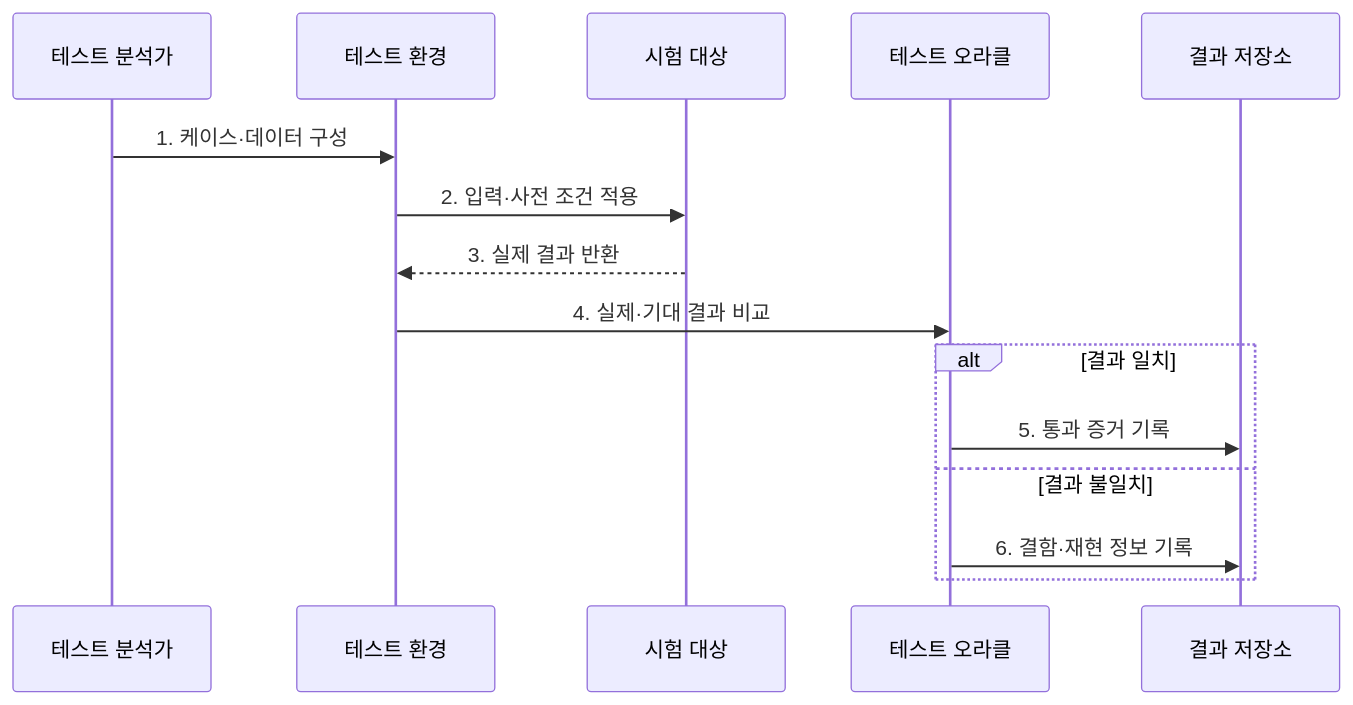
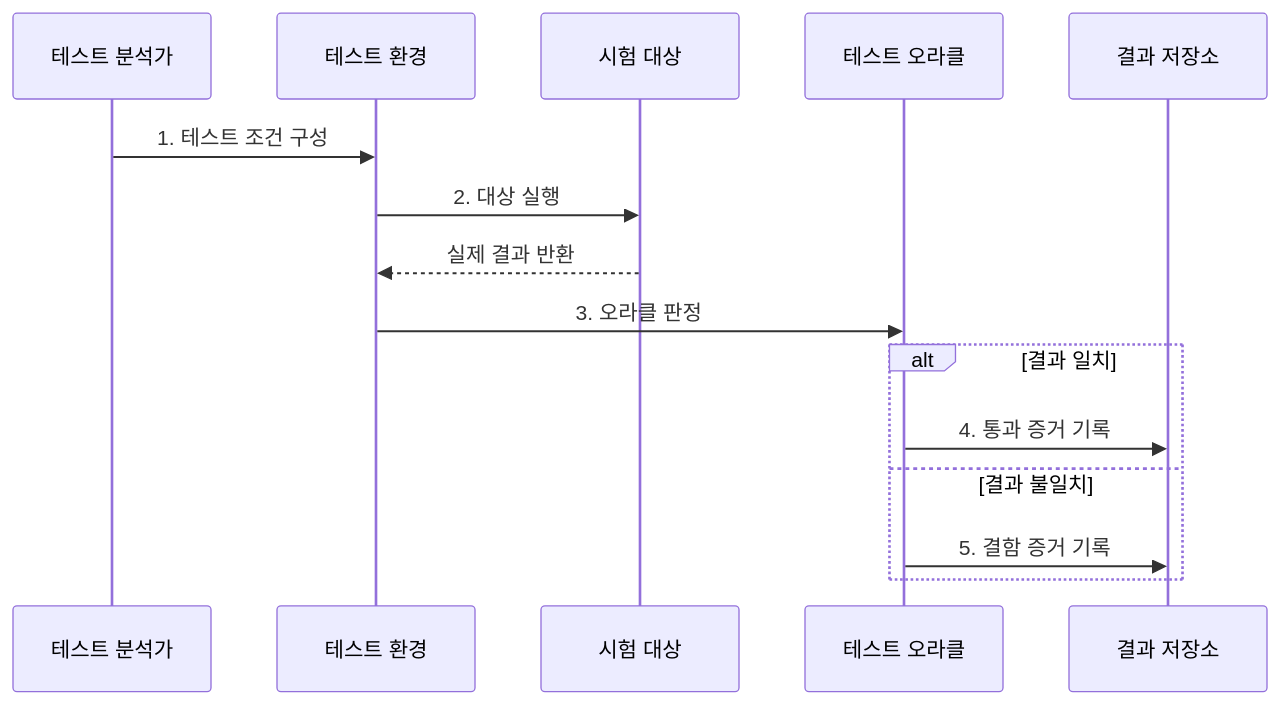
Before and after one commit to agnusdei1207/knowledge-base: the second of 2 diagrams in src/content/docs/notes/03-software/058_software_testing.md, drawn with Mermaid. The commit also changed other lines of this file and 238 other files, not shown here.

````diff
--- a/src/content/docs/notes/03-software/058_software_testing.md
+++ b/src/content/docs/notes/03-software/058_software_testing.md
@@ -81,17 +81,17 @@
 ```mermaid
 sequenceDiagram
     participant A as 테스트 분석가
     participant E as 테스트 환경
     participant S as 시험 대상
     participant O as 테스트 오라클
     participant R as 결과 저장소
-    A->>E: 1. 케이스·데이터 구성
-    E->>S: 2. 입력·사전 조건 적용
-    S-->>E: 3. 실제 결과 반환
-    E->>O: 4. 실제·기대 결과 비교
+    A->>E: 1. 테스트 조건 구성
+    E->>S: 2. 대상 실행
+    S-->>E: 실제 결과 반환
+    E->>O: 3. 오라클 판정
     alt 결과 일치
-        O->>R: 5. 통과 증거 기록
+        O->>R: 4. 통과 증거 기록
     else 결과 불일치
-        O->>R: 6. 결함·재현 정보 기록
+        O->>R: 5. 결함 증거 기록
     end
 ```
````
